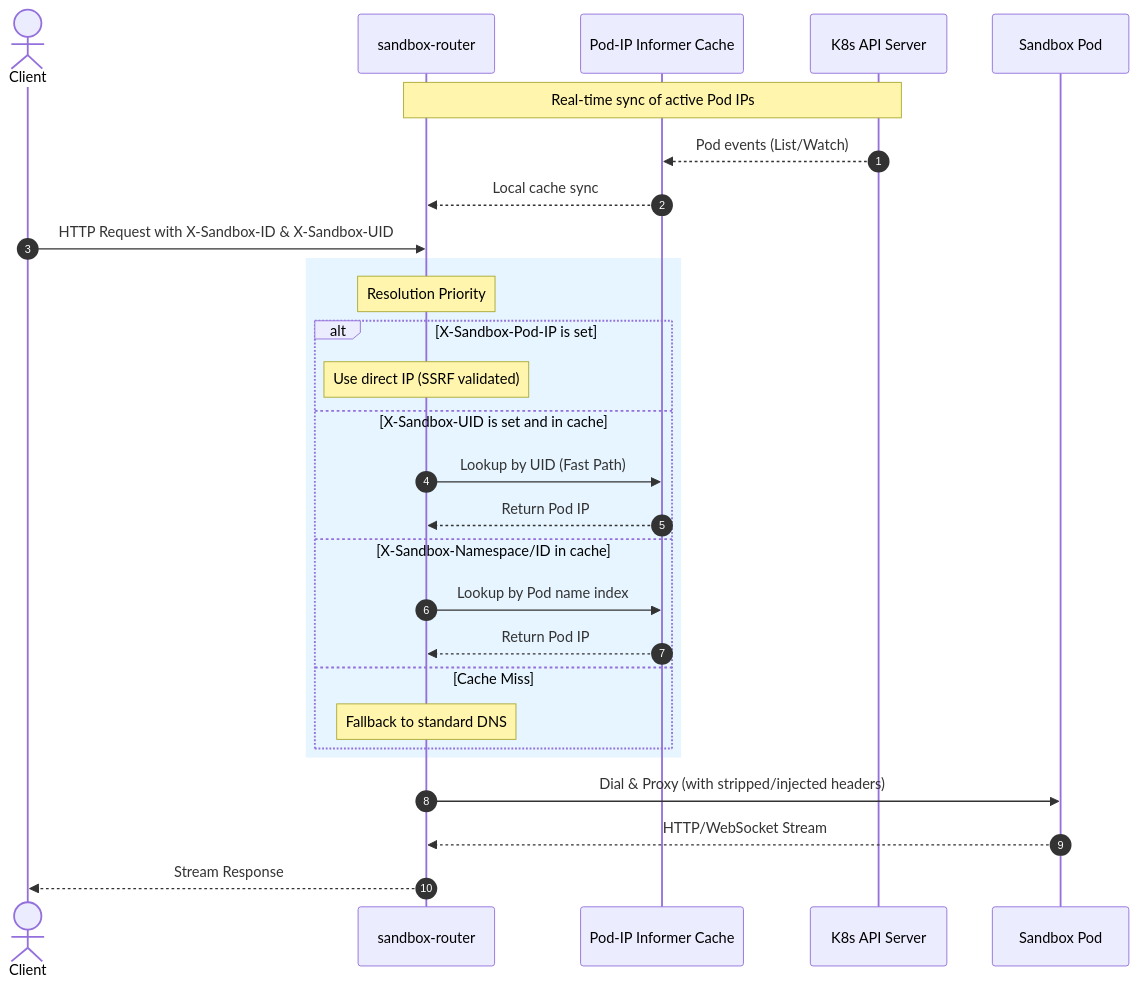
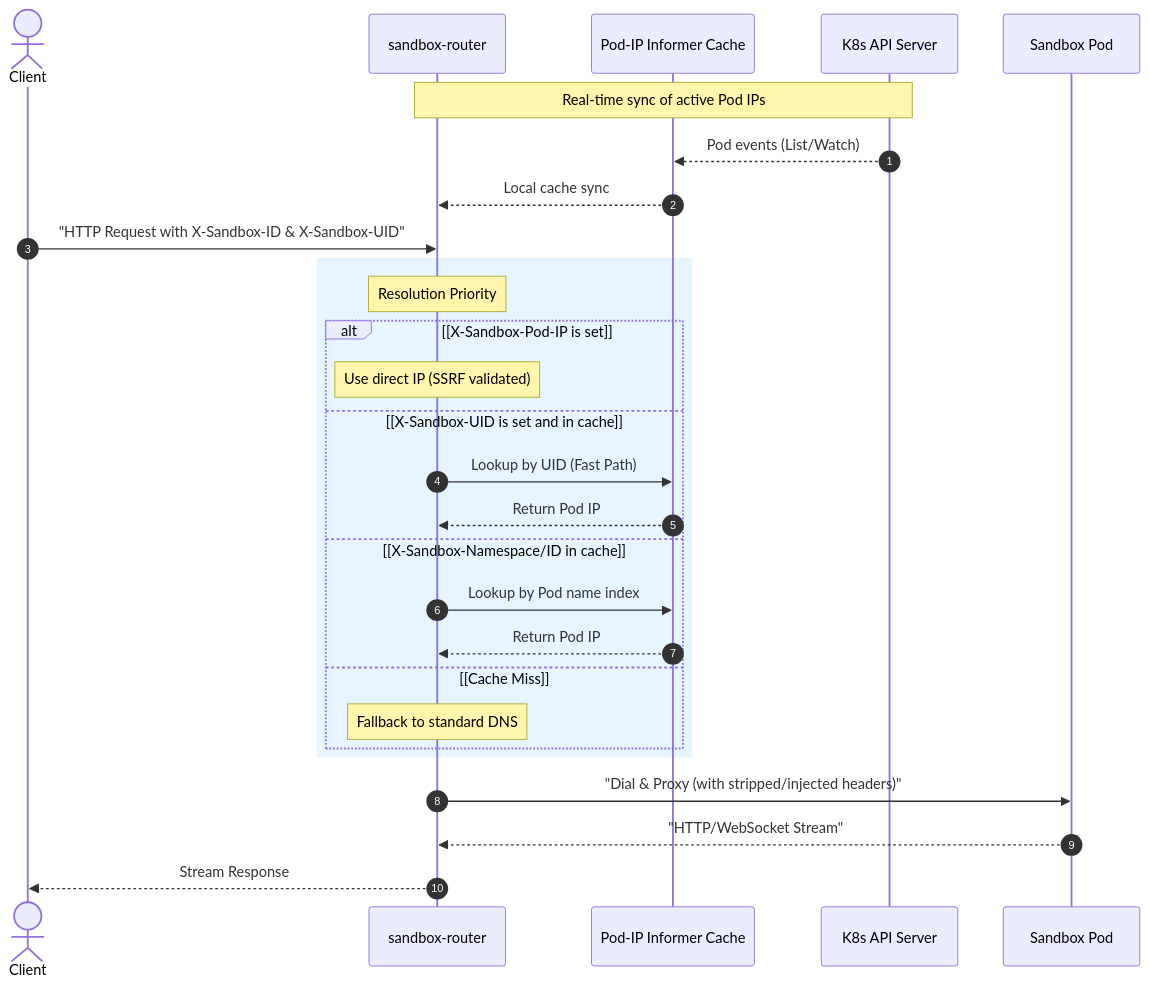
The second of 2 diagrams in docs-exploration/architecture.md (barney-s/agent-sandbox), drawn with Mermaid before and after one commit. The commit also changed other lines of this file and 1 other file, not shown here.

Commit message:
exploration(topic): notes update

````diff
--- a/docs-exploration/architecture.md
+++ b/docs-exploration/architecture.md
@@ -38,32 +38,32 @@
 ```mermaid
 sequenceDiagram
     autonumber
     actor Client
     participant Router as sandbox-router
     participant Cache as Pod-IP Informer Cache
     participant K8s as K8s API Server
     participant Pod as Sandbox Pod
 
     Note over Router, K8s: Real-time sync of active Pod IPs
     K8s -->> Cache: Pod events (List/Watch)
     Cache -->> Router: Local cache sync
 
-    Client ->> Router: HTTP Request with X-Sandbox-ID & X-Sandbox-UID
+    Client ->> Router: "HTTP Request with X-Sandbox-ID & X-Sandbox-UID"
     rect rgb(230, 245, 255)
         Note over Router: Resolution Priority
-        alt X-Sandbox-Pod-IP is set
+        alt [X-Sandbox-Pod-IP is set]
             Note over Router: Use direct IP (SSRF validated)
-        else X-Sandbox-UID is set and in cache
+        else [X-Sandbox-UID is set and in cache]
             Router ->> Cache: Lookup by UID (Fast Path)
             Cache -->> Router: Return Pod IP
-        else X-Sandbox-Namespace/ID in cache
+        else [X-Sandbox-Namespace/ID in cache]
             Router ->> Cache: Lookup by Pod name index
             Cache -->> Router: Return Pod IP
-        else Cache Miss
+        else [Cache Miss]
             Note over Router: Fallback to standard DNS
         end
     end
-    Router ->> Pod: Dial & Proxy (with stripped/injected headers)
-    Pod -->> Router: HTTP/WebSocket Stream
+    Router ->> Pod: "Dial & Proxy (with stripped/injected headers)"
+    Pod -->> Router: "HTTP/WebSocket Stream"
     Router -->> Client: Stream Response
 ```
````
